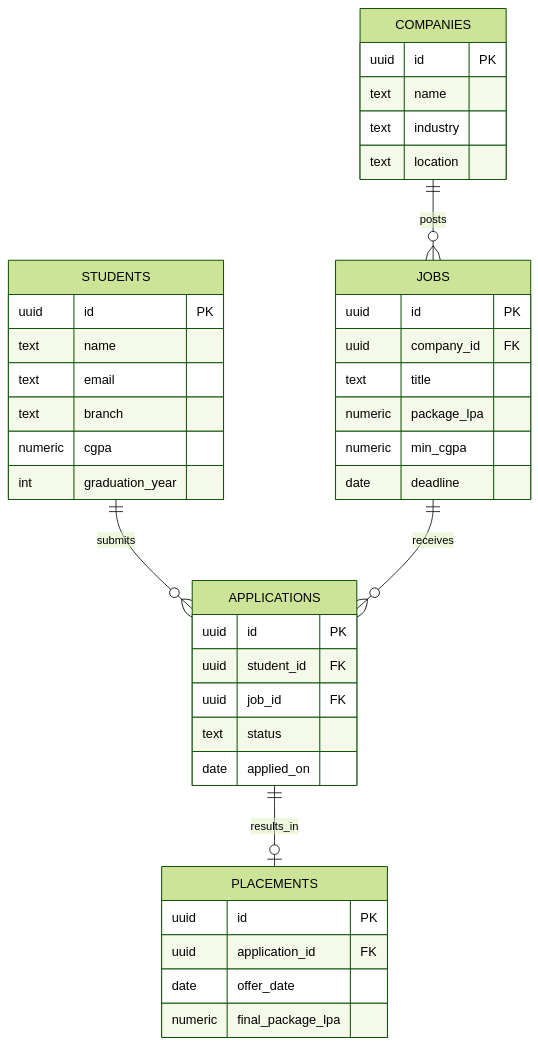
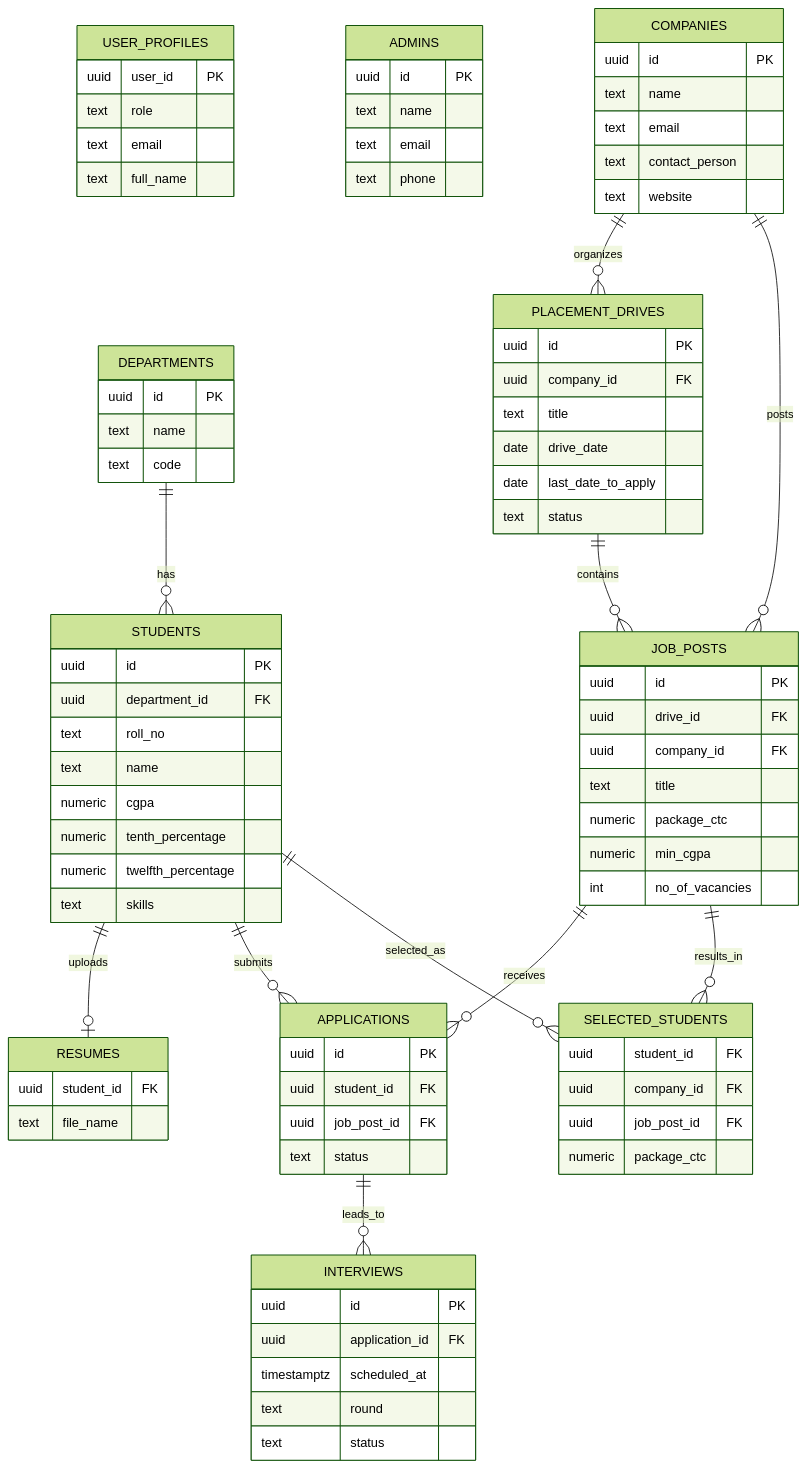
The diagram in README.md (Muskii9/campus-placement-management-system), drawn with Mermaid (forest theme) before and after one commit. The commit also changed other lines of this file, not shown here.

Commit message:
Enhance README with new features and database schema
Updated features and database design in README.

````diff
--- a/README.md
+++ b/README.md
@@ -28,43 +29,88 @@
 ```mermaid
 erDiagram
-    STUDENTS {
+    DEPARTMENTS {
+        uuid id PK
+        text name
+        text code
+    }
+    USER_PROFILES {
+        uuid user_id PK
+        text role
+        text email
+        text full_name
+    }
+    ADMINS {
         uuid id PK
         text name
         text email
-        text branch
-        numeric cgpa
-        int graduation_year
+        text phone
     }
     COMPANIES {
         uuid id PK
         text name
-        text industry
-        text location
+        text email
+        text contact_person
+        text website
     }
-    JOBS {
+    STUDENTS {
+        uuid id PK
+        uuid department_id FK
+        text roll_no
+        text name
+        numeric cgpa
+        numeric tenth_percentage
+        numeric twelfth_percentage
+        text skills
+    }
+    RESUMES {
+        uuid student_id FK
+        text file_name
+    }
+    PLACEMENT_DRIVES {
         uuid id PK
         uuid company_id FK
         text title
-        numeric package_lpa
+        date drive_date
+        date last_date_to_apply
+        text status
+    }
+    JOB_POSTS {
+        uuid id PK
+        uuid drive_id FK
+        uuid company_id FK
+        text title
+        numeric package_ctc
         numeric min_cgpa
-        date deadline
+        int no_of_vacancies
     }
     APPLICATIONS {
         uuid id PK
         uuid student_id FK
-        uuid job_id FK
+        uuid job_post_id FK
         text status
-        date applied_on
     }
-    PLACEMENTS {
+    INTERVIEWS {
         uuid id PK
         uuid application_id FK
-        date offer_date
-        numeric final_package_lpa
+        timestamptz scheduled_at
+        text round
+        text status
+    }
+    SELECTED_STUDENTS {
+        uuid student_id FK
+        uuid company_id FK
+        uuid job_post_id FK
+        numeric package_ctc
     }
 
+    DEPARTMENTS ||--o{ STUDENTS : has
+    STUDENTS ||--o| RESUMES : uploads
+    COMPANIES ||--o{ PLACEMENT_DRIVES : organizes
+    PLACEMENT_DRIVES ||--o{ JOB_POSTS : contains
+    COMPANIES ||--o{ JOB_POSTS : posts
     STUDENTS ||--o{ APPLICATIONS : submits
-    JOBS ||--o{ APPLICATIONS : receives
-    COMPANIES ||--o{ JOBS : posts
-    APPLICATIONS ||--o| PLACEMENTS : results_in
+    JOB_POSTS ||--o{ APPLICATIONS : receives
+    APPLICATIONS ||--o{ INTERVIEWS : leads_to
+    JOB_POSTS ||--o{ SELECTED_STUDENTS : results_in
+    STUDENTS ||--o{ SELECTED_STUDENTS : selected_as
 ```
````
